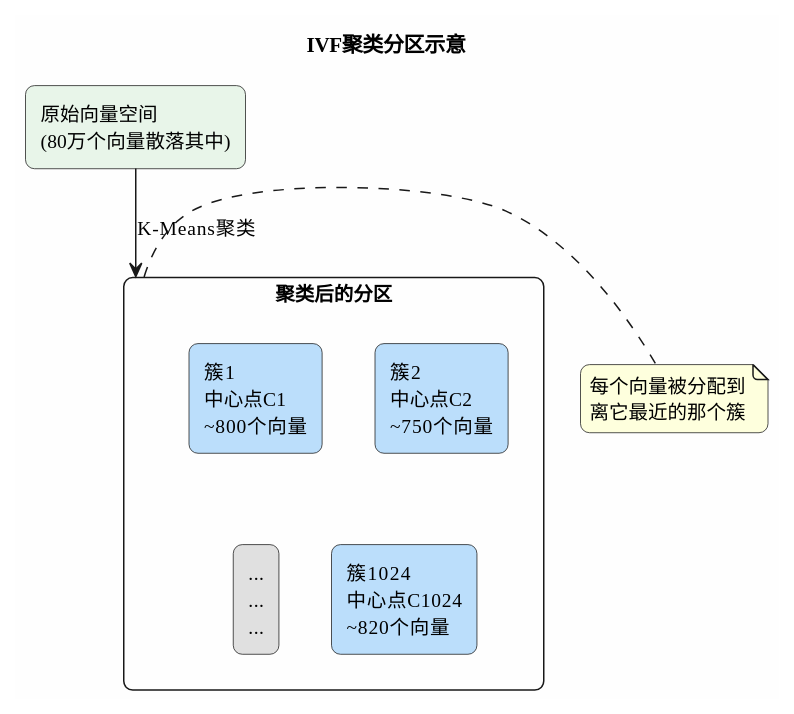
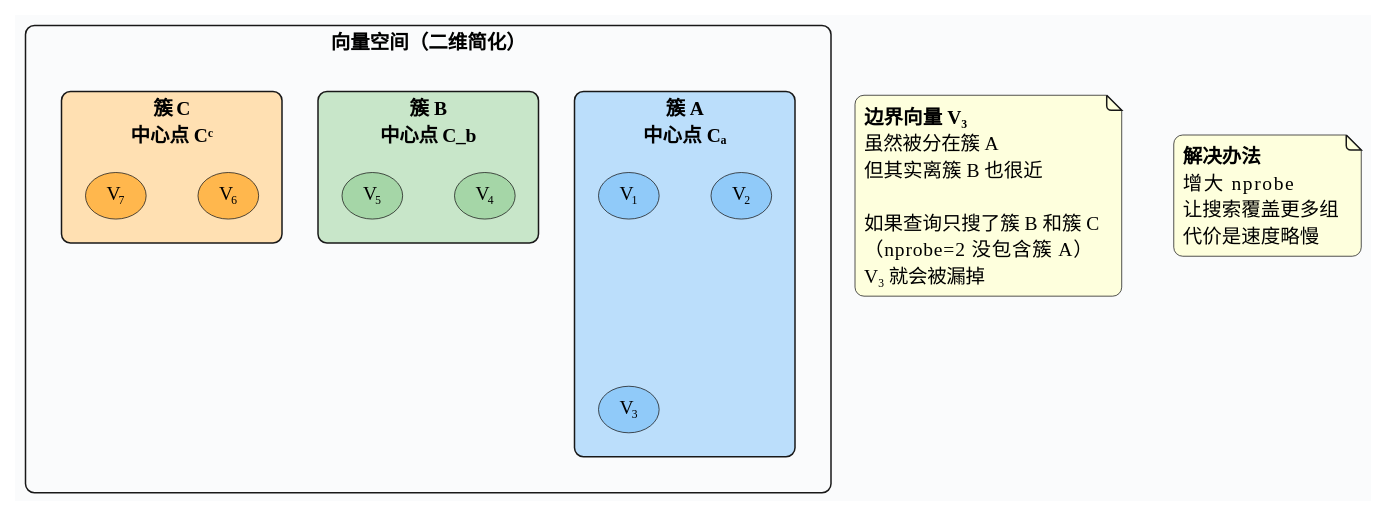
One commit to shining-stars-l/javaup changed the fourth of 6 diagrams in docs/55-超级智能体/30-RAG详细解析/10-向量检索核心算法深度剖析.md. Above: the diagram before and after it, drawn with PlantUML. The commit also changed other lines of this file, not shown here.

````diff
--- a/docs/55-超级智能体/30-RAG详细解析/10-向量检索核心算法深度剖析.md
+++ b/docs/55-超级智能体/30-RAG详细解析/10-向量检索核心算法深度剖析.md
@@ -138,28 +347,46 @@
-```plantuml title="IVF建索引过程：聚类分区" width="100%" maxWidth="800px" align="left"
+```plantuml title="IVF 边界效应示意：簇边界处的向量可能被漏掉" width="100%" maxWidth="850px" align="left"
 @startuml
-skinparam backgroundColor #FEFEFE
+skinparam backgroundColor #FAFBFC
 skinparam roundcorner 12
 skinparam shadowing false
 skinparam defaultFontName Microsoft YaHei
 skinparam defaultFontSize 13
 
-title IVF聚类分区示意
+rectangle "向量空间（二维简化）" {
 
-rectangle "原始向量空间\n(80万个向量散落其中)" as raw #E8F5E9
+  rectangle "簇 A\n中心点 Cₐ" as clusterA #BBDEFB {
+    (V₁) #90CAF9
+    (V₂) #90CAF9
+    (V₃) #90CAF9
+  }
 
-rectangle "聚类后的分区" as clustered {
-  rectangle "簇1\n中心点C1\n~800个向量" as c1 #BBDEFB
-  rectangle "簇2\n中心点C2\n~750个向量" as c2 #BBDEFB
-  rectangle "...\n...\n..." as dots #E0E0E0
-  rectangle "簇1024\n中心点C1024\n~820个向量" as c1024 #BBDEFB
+  rectangle "簇 B\n中心点 C_b" as clusterB #C8E6C9 {
+    (V₄) #A5D6A7
+    (V₅) #A5D6A7
+  }
+
+  rectangle "簇 C\n中心点 Cᶜ" as clusterC #FFE0B2 {
+    (V₆) #FFB74D
+    (V₇) #FFB74D
+  }
 }
 
-raw -down-> clustered : K-Means聚类
+note as N1
+  <b>边界向量 V₃</b>
+  虽然被分在簇 A
+  但其实离簇 B 也很近
 
-note right of clustered
-  每个向量被分配到
-  离它最近的那个簇
+  如果查询只搜了簇 B 和簇 C
+  （nprobe=2 没包含簇 A）
+  V₃ 就会被漏掉
+end note
+
+note as N2
+  <b>解决办法</b>
+  增大 nprobe
+  让搜索覆盖更多组
+  代价是速度略慢
 end note
 
 @enduml
 ```
````
